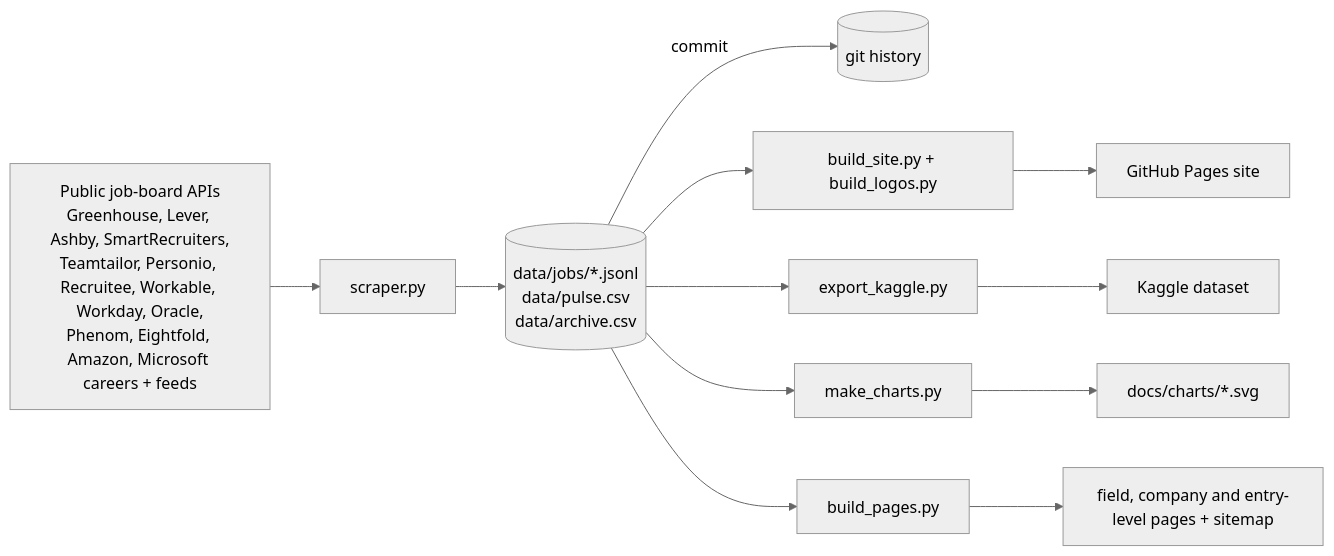
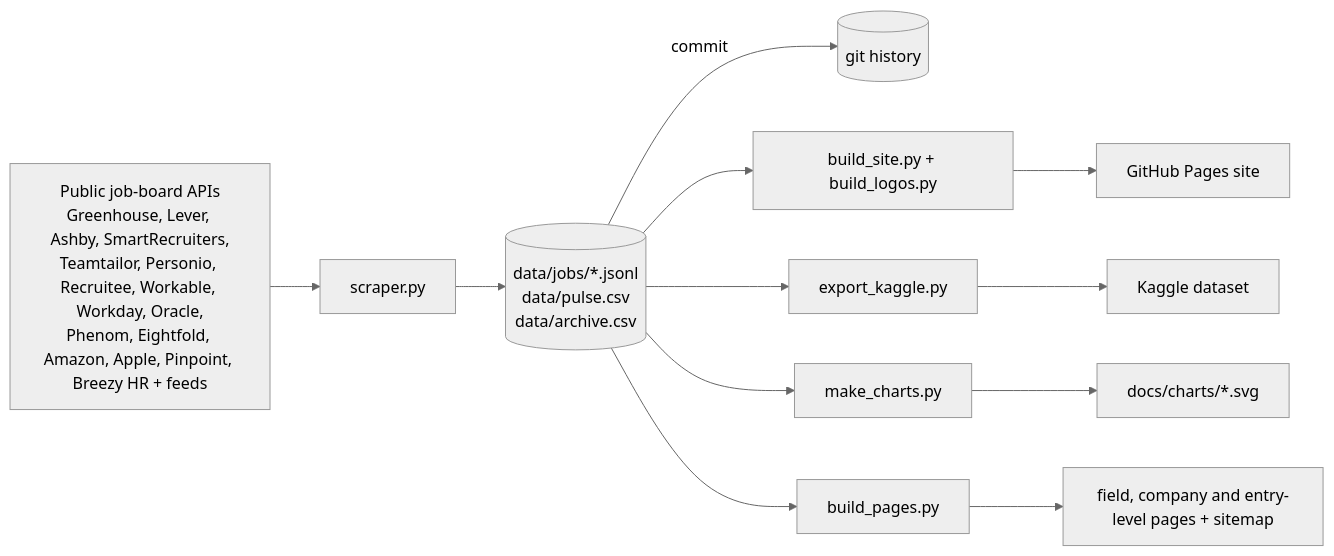
Before and after one commit to chandranshB/roleBase: the diagram in README.md, drawn with Mermaid (neutral theme). The commit also changed other lines of this file and 9 other files, not shown here.

Commit message:
feat: add pinpoint, breezy, themuse; perf: two-tier hydration; docs: Kaggle 10.0 usability score

````diff
--- a/README.md
+++ b/README.md
@@ -71,10 +71,10 @@
 ```mermaid
 flowchart LR
-  A["Public job-board APIs<br/>Greenhouse, Lever, Ashby, SmartRecruiters,<br/>Teamtailor, Personio, Recruitee, Workable, Workday, Oracle,<br/>Phenom, Eightfold, Amazon, Microsoft careers + feeds"] --> B[scraper.py]
+  A["Public job-board APIs<br/>Greenhouse, Lever, Ashby, SmartRecruiters,<br/>Teamtailor, Personio, Recruitee, Workable, Workday, Oracle,<br/>Phenom, Eightfold, Amazon, Apple, Pinpoint, Breezy HR + feeds"] --> B[scraper.py]
   B --> C[("data/jobs/*.jsonl<br/>data/pulse.csv<br/>data/archive.csv")]
   C -->|commit| G[(git history)]
   C --> D[build_site.py + build_logos.py] --> E[GitHub Pages site]
   C --> F[export_kaggle.py] --> H[Kaggle dataset]
   C --> I[make_charts.py] --> J[docs/charts/*.svg]
   C --> K[build_pages.py] --> L[field, company and entry-level pages + sitemap]
 ```
````
